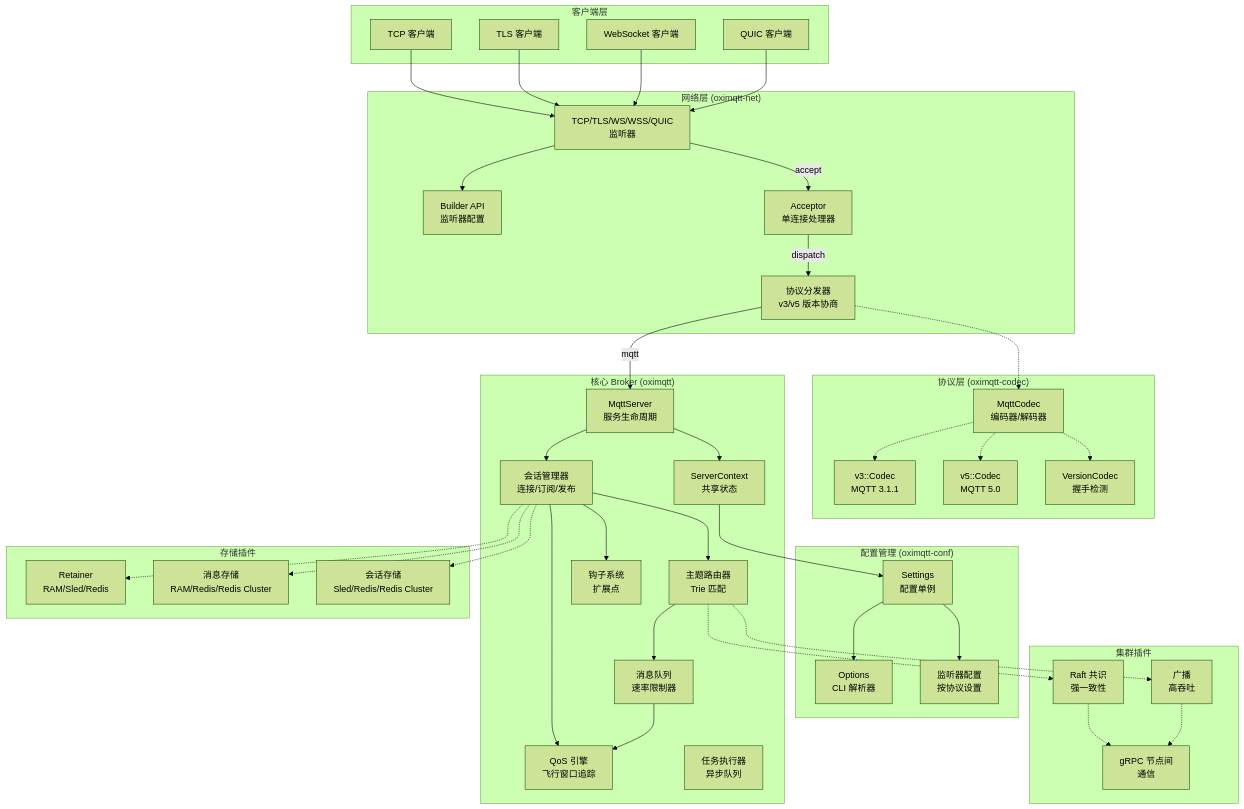
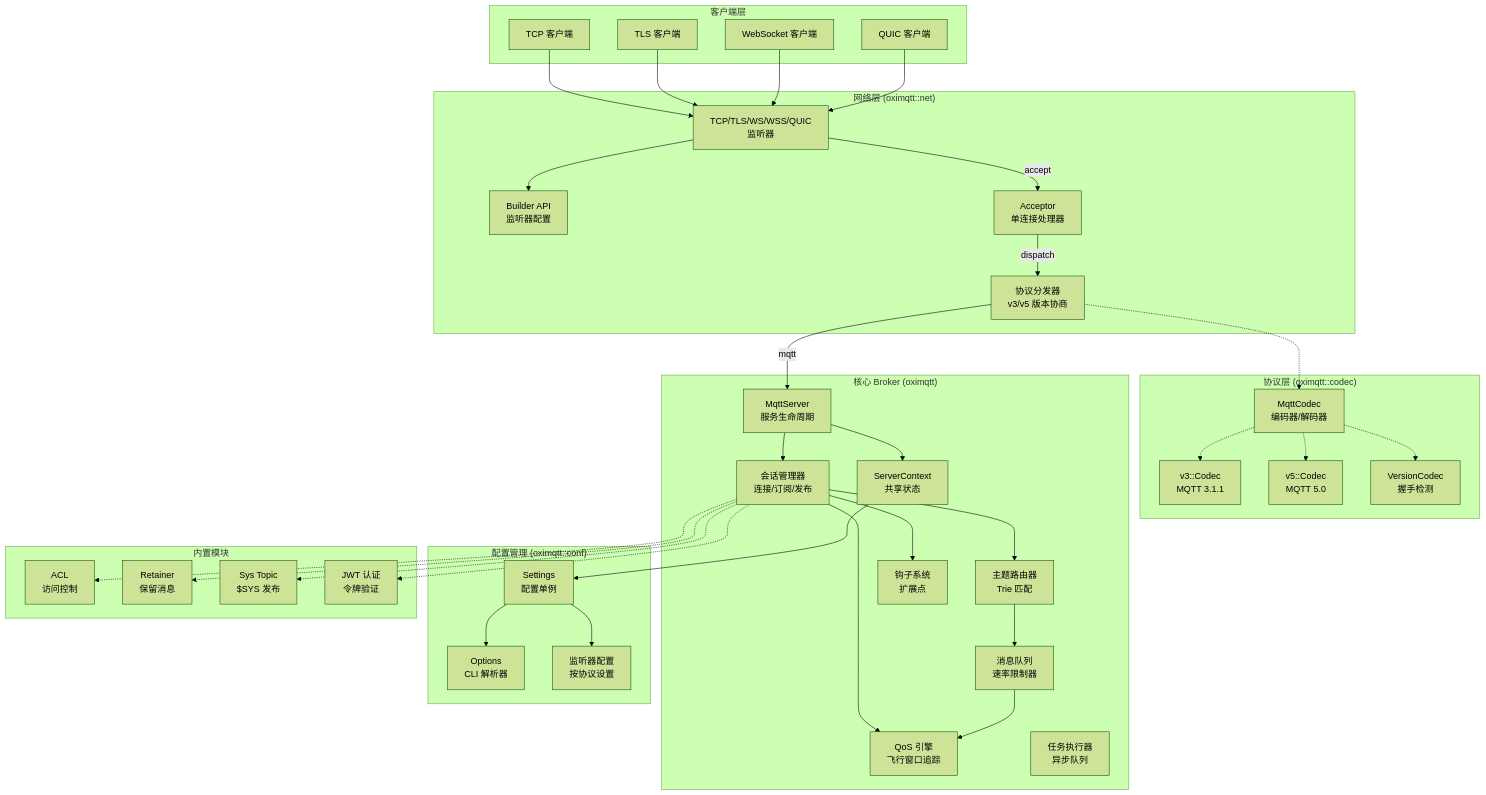
Before and after one commit to zeaphoo/oximqtt: the first of 4 diagrams in docs/zh_CN/architecture/overview.md, drawn with Mermaid (forest theme). The commit also changed other lines of this file and 14 other files, not shown here.

````diff
--- a/docs/zh_CN/architecture/overview.md
+++ b/docs/zh_CN/architecture/overview.md
@@ -11,76 +11,69 @@
 ```mermaid
 graph TB
     subgraph "客户端层"
         MQTT[TCP 客户端]
         TLS[TLS 客户端]
         WS[WebSocket 客户端]
         QUIC[QUIC 客户端]
     end
 
-    subgraph "网络层 (oximqtt-net)"
+    subgraph "网络层 (oximqtt::net)"
         Builder[Builder API<br/>监听器配置]
         Listener[TCP/TLS/WS/WSS/QUIC<br/>监听器]
         Acceptor[Acceptor<br/>单连接处理器]
         Dispatcher[协议分发器<br/>v3/v5 版本协商]
     end
 
-    subgraph "协议层 (oximqtt-codec)"
+    subgraph "协议层 (oximqtt::codec)"
         Codec[MqttCodec<br/>编码器/解码器]
         V3[v3::Codec<br/>MQTT 3.1.1]
         V5[v5::Codec<br/>MQTT 5.0]
         Version[VersionCodec<br/>握手检测]
     end
 
     subgraph "核心 Broker (oximqtt)"
         Server[MqttServer<br/>服务生命周期]
         Context[ServerContext<br/>共享状态]
         Session[会话管理器<br/>连接/订阅/发布]
         Router[主题路由器<br/>Trie 匹配]
         Hook[钩子系统<br/>扩展点]
         Inflight[QoS 引擎<br/>飞行窗口追踪]
         Queue[消息队列<br/>速率限制器]
         Executor[任务执行器<br/>异步队列]
     end
 
-    subgraph "配置管理 (oximqtt-conf)"
+    subgraph "配置管理 (oximqtt::conf)"
         Settings[Settings<br/>配置单例]
         Options[Options<br/>CLI 解析器]
         ListenerCfg[监听器配置<br/>按协议设置]
     end
 
-    subgraph "存储插件"
-        Retain[Retainer<br/>RAM/Sled/Redis]
-        MsgStore[消息存储<br/>RAM/Redis/Redis Cluster]
-        SessionStore[会话存储<br/>Sled/Redis/Redis Cluster]
-    end
-
-    subgraph "集群插件"
-        Raft[Raft 共识<br/>强一致性]
-        Broadcast[广播<br/>高吞吐]
-        gRPC[gRPC 节点间<br/>通信]
+    subgraph "内置模块"
+        ACL[ACL<br/>访问控制]
+        Retainer[Retainer<br/>保留消息]
+        SysTopic[Sys Topic<br/>$SYS 发布]
+        AuthJWT[JWT 认证<br/>令牌验证]
     end
 
     MQTT & TLS & WS & QUIC --> Listener
     Listener --> Builder
     Listener -->|accept| Acceptor
     Acceptor -->|dispatch| Dispatcher
     Dispatcher -->|mqtt| Server
 
     Dispatcher -.-> Codec
     Codec -.-> V3 & V5 & Version
 
     Server --> Context
     Context --> Settings
     Settings --> Options & ListenerCfg
 
     Server --> Session
     Session --> Hook
     Session --> Inflight
     Session --> Router
     Router --> Queue
     Queue --> Inflight
 
-    Session -.-> Retain & MsgStore & SessionStore
-    Router -.-> Raft & Broadcast
-    Raft & Broadcast -.-> gRPC
+    Session -.-> ACL & Retainer & SysTopic & AuthJWT
 ```
````
